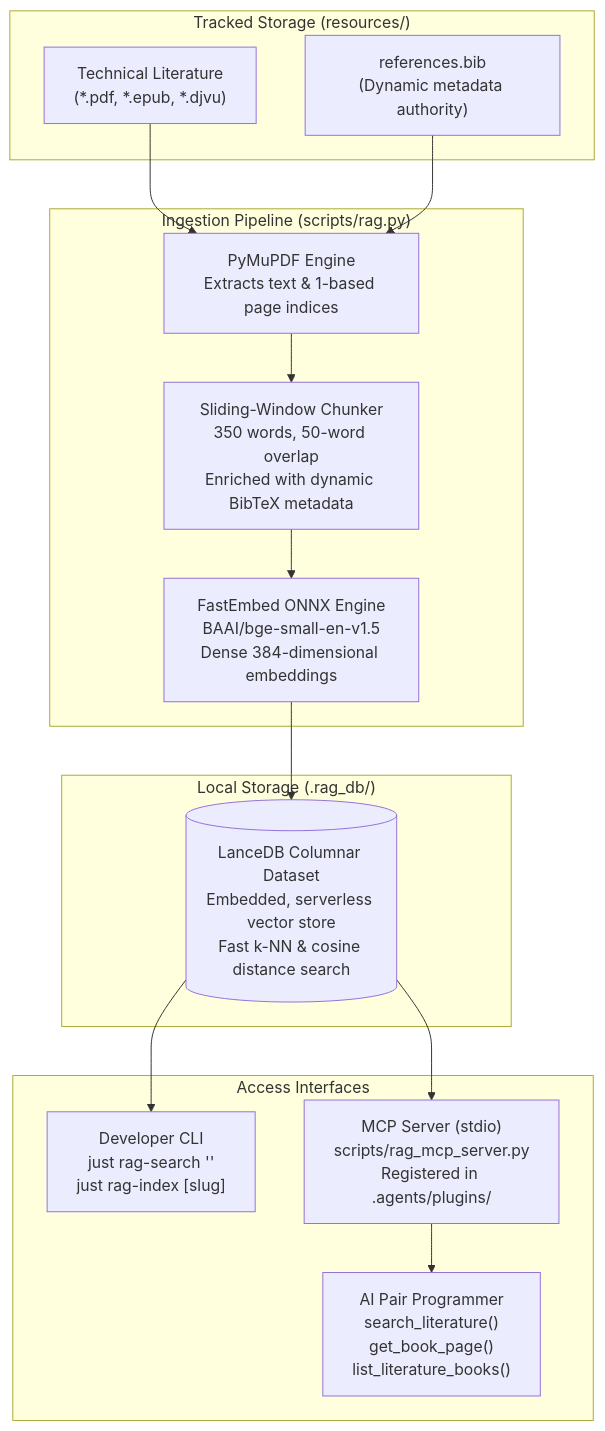
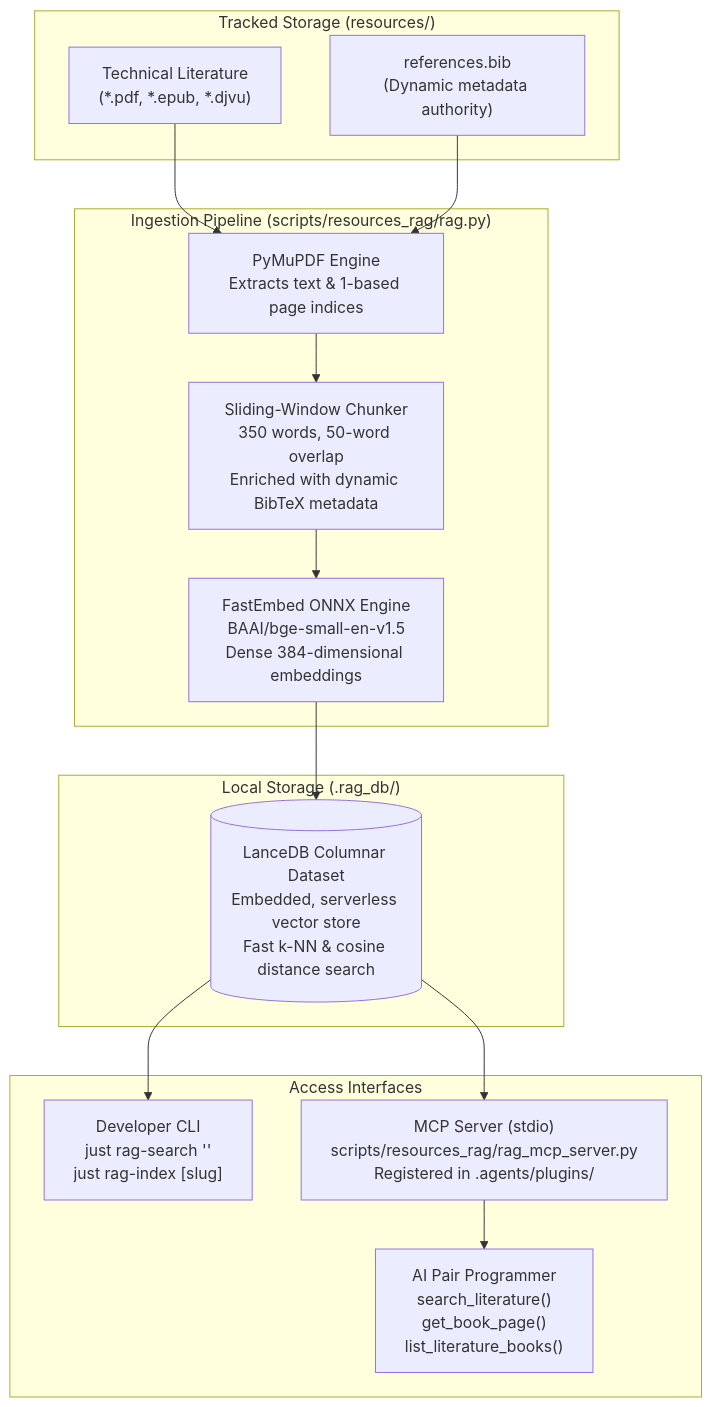
Before and after one commit to bwrob/trash-gather: the diagram in resources/README.md, drawn with Mermaid. The commit also changed other lines of this file and 5 other files, not shown here.

Commit message:
refactor(rag): move rag scripts to scripts/resources_rag directory

````diff
--- a/resources/README.md
+++ b/resources/README.md
@@ -17,27 +17,27 @@
 ```mermaid
 flowchart TD
     subgraph Storage ["Tracked Storage (resources/)"]
         DOCS["Technical Literature\n(*.pdf, *.epub, *.djvu)"]
         BIB["references.bib\n(Dynamic metadata authority)"]
     end
 
-    subgraph Ingestion ["Ingestion Pipeline (scripts/rag.py)"]
+    subgraph Ingestion ["Ingestion Pipeline (scripts/resources_rag/rag.py)"]
         PARSER["PyMuPDF Engine\nExtracts text & 1-based page indices"]
         CHUNKER["Sliding-Window Chunker\n350 words, 50-word overlap\nEnriched with dynamic BibTeX metadata"]
         EMBED["FastEmbed ONNX Engine\nBAAI/bge-small-en-v1.5\nDense 384-dimensional embeddings"]
     end
 
     subgraph VectorStore ["Local Storage (.rag_db/)"]
         LANCE[("LanceDB Columnar Dataset\nEmbedded, serverless vector store\nFast k-NN & cosine distance search")]
     end
 
     subgraph Interfaces ["Access Interfaces"]
         CLI["Developer CLI\njust rag-search '<query>'\njust rag-index [slug]"]
-        MCP["MCP Server (stdio)\nscripts/rag_mcp_server.py\nRegistered in .agents/plugins/"]
+        MCP["MCP Server (stdio)\nscripts/resources_rag/rag_mcp_server.py\nRegistered in .agents/plugins/"]
         AGENT["AI Pair Programmer\nsearch_literature()\nget_book_page()\nlist_literature_books()"]
     end
 
     DOCS & BIB --> PARSER --> CHUNKER --> EMBED --> LANCE
     LANCE --> CLI
     LANCE --> MCP --> AGENT
 ```
````
